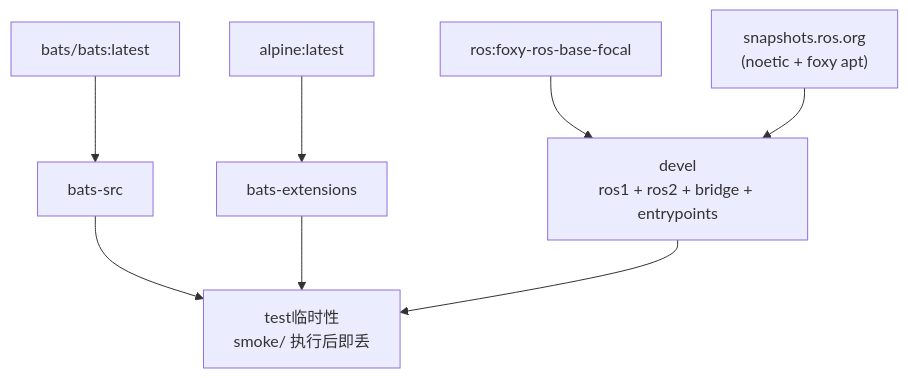
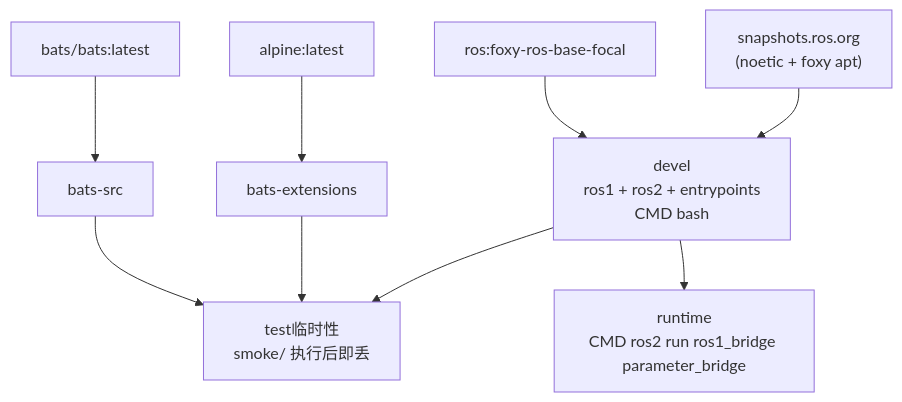
The diagram in doc/README.zh-CN.md (ycpss91255-docker/ros1_bridge), drawn with Mermaid before and after one commit. The commit also changed other lines of this file and 11 other files, not shown here.

````diff
--- a/doc/README.zh-CN.md
+++ b/doc/README.zh-CN.md
@@ -101,18 +131,20 @@
 ```mermaid
 graph TD
     EXT1["bats/bats:latest"]
     EXT2["alpine:latest"]
     EXT3["ros:foxy-ros-base-focal"]
     EXT4["snapshots.ros.org\n(noetic + foxy apt)"]
 
     EXT1 --> bats-src["bats-src"]
     EXT2 --> bats-ext["bats-extensions"]
 
-    EXT3 --> devel["devel\nros1 + ros2 + bridge + entrypoints"]
+    EXT3 --> devel["devel\nros1 + ros2 + entrypoints\nCMD bash"]
     EXT4 --> devel
+
+    devel --> runtime["runtime\nCMD ros2 run ros1_bridge parameter_bridge"]
 
     bats-src --> test["test临时性\nsmoke/ 执行后即丢"]
     bats-ext --> test
     devel --> test
 
 ```
````
